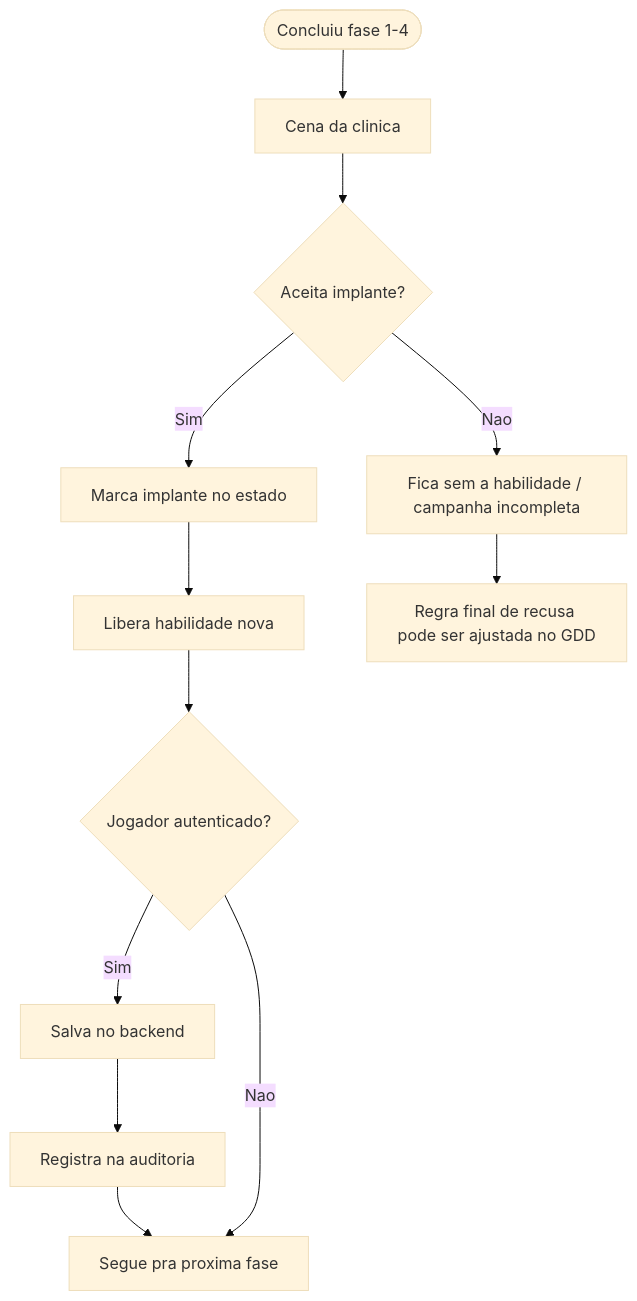
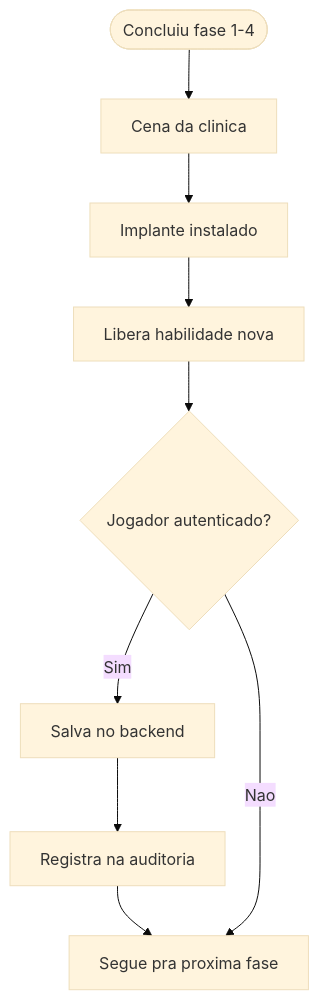
The third of 5 diagrams in isn/docs/sprint1/06-fluxogramas.md (ViViJp/jogo-projeto-topicos-especiais), drawn with Mermaid (base theme) before and after one commit. The commit also changed other lines of this file and 8 other files, not shown here.

First line of the commit message:
docs(isn): implante obrigatório e multiplayer nos diagramas

````diff
--- a/isn/docs/sprint1/06-fluxogramas.md
+++ b/isn/docs/sprint1/06-fluxogramas.md
@@ -61,14 +63,11 @@
 ```mermaid
 flowchart TD
   fimFase([Concluiu fase 1-4]) --> clinica[Cena da clinica]
-  clinica --> aceita{Aceita implante?}
-  aceita -->|Sim| marca[Marca implante no estado]
+  clinica --> marca[Implante instalado]
   marca --> libera[Libera habilidade nova]
   libera --> auth{Jogador autenticado?}
   auth -->|Sim| save[Salva no backend]
   save --> audit[Registra na auditoria]
   audit --> proxima[Segue pra proxima fase]
   auth -->|Nao| proxima
-  aceita -->|Nao| bloqueio[Fica sem a habilidade / campanha incompleta]
-  bloqueio --> nota[Regra final de recusa pode ser ajustada no GDD]
 ```
````
